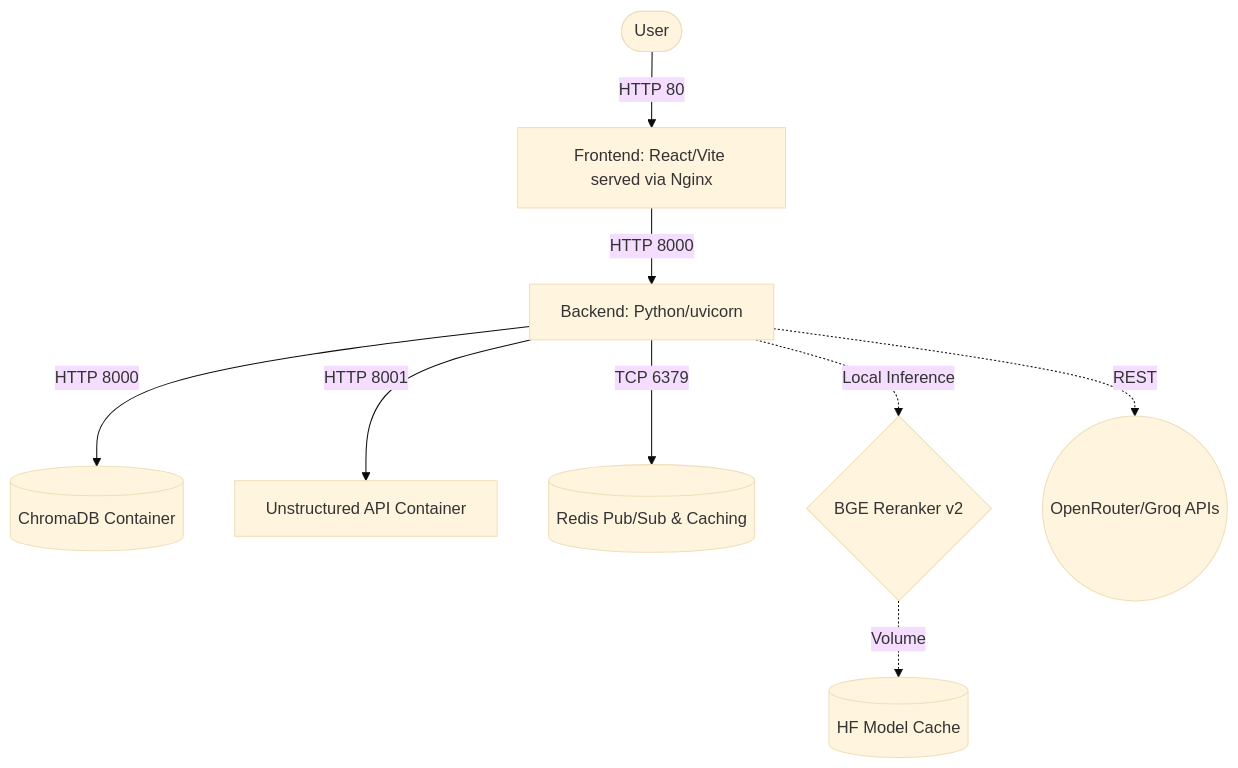
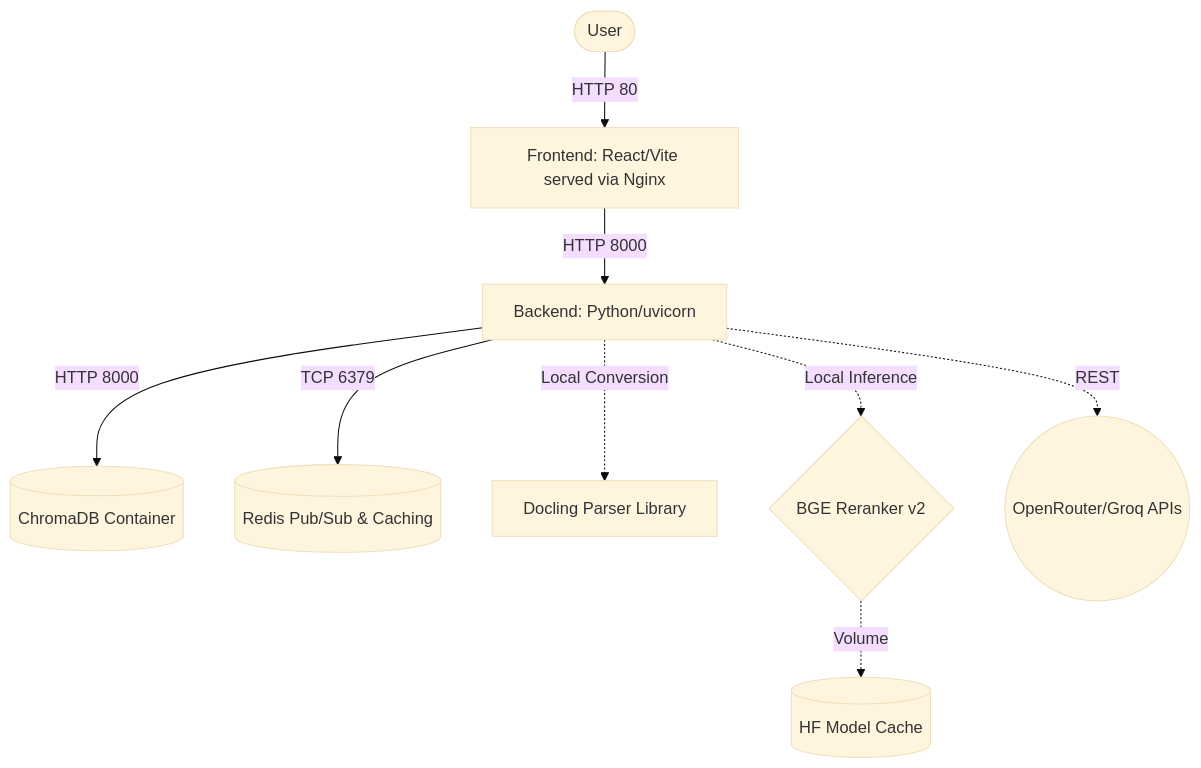
One commit to pkgprateek/rag-arena-2026 changed the diagram in README.md. Above: the diagram before and after it, drawn with Mermaid (base theme). The commit also changed other lines of this file and 4 other files, not shown here.

First line of the commit message:
docs: update system architecture, references, and container infrastructure

````diff
--- a/README.md
+++ b/README.md
@@ -29,14 +29,14 @@
 ```mermaid
 graph TD
     User([User]) -->|HTTP 80| Nginx[Frontend: React/Vite served via Nginx]
     Nginx -->|HTTP 8000| FastAPI[Backend: Python/uvicorn]
     
     FastAPI -->|HTTP 8000| Chroma[(ChromaDB Container)]
-    FastAPI -->|HTTP 8001| Unstructured[Unstructured API Container]
     FastAPI -->|TCP 6379| Redis[(Redis Pub/Sub & Caching)]
     
+    FastAPI -.->|Local Conversion| Docling[Docling Parser Library]
     FastAPI -.->|Local Inference| FlagEmbedding{BGE Reranker v2}
     FlagEmbedding -.->|Volume| HFCache[(HF Model Cache)]
     
     FastAPI -.->|REST| OpenRouter((OpenRouter/Groq APIs))
 ```
````
